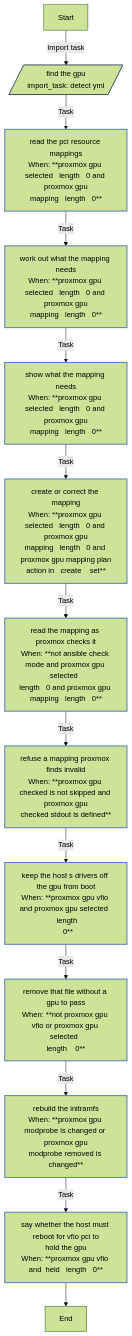
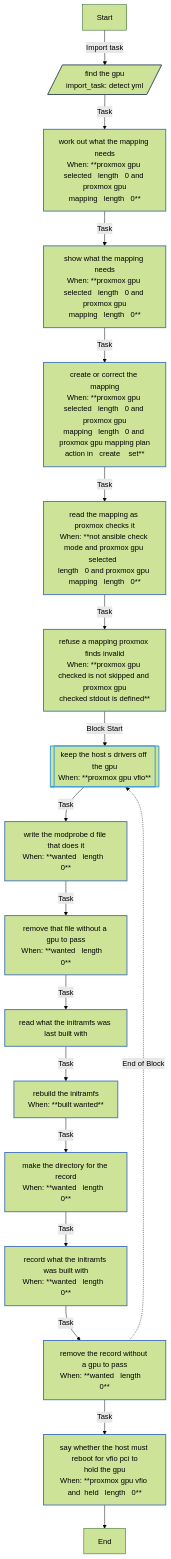
One commit to kawadeomkar/homeserver changed the second of 2 diagrams in roles/proxmox_gpu/REFERENCE.md. Above: the diagram before and after it, drawn with Mermaid (forest theme). The commit also changed other lines of this file and 25 other files, not shown here.

First line of the commit message:
fix(gpu): pass Arc cards, never another guest's GPU, and keep the apps off a GPU the worker lacks

````diff
--- a/roles/proxmox_gpu/REFERENCE.md
+++ b/roles/proxmox_gpu/REFERENCE.md
@@ -293,25 +354,30 @@
 ```mermaid
 flowchart TD
 Start
 classDef block stroke:#3498db,stroke-width:2px;
 classDef task stroke:#4b76bb,stroke-width:2px;
 classDef includeTasks stroke:#16a085,stroke-width:2px;
 classDef importTasks stroke:#34495e,stroke-width:2px;
 classDef includeRole stroke:#2980b9,stroke-width:2px;
 classDef importRole stroke:#699ba7,stroke-width:2px;
 classDef includeVars stroke:#8e44ad,stroke-width:2px;
 classDef rescue stroke:#665352,stroke-width:2px;
 
   Start-->|Import task| Find_the_GPU_detect_yml_0[/find the gpu<br>import_task: detect yml/]:::importTasks
-  Find_the_GPU_detect_yml_0-->|Task| Read_the_PCI_resource_mappings1[read the pci resource mappings<br>When: **proxmox gpu selected   length   0 and proxmox gpu<br>mapping   length   0**]:::task
-  Read_the_PCI_resource_mappings1-->|Task| Work_out_what_the_mapping_needs2[work out what the mapping needs<br>When: **proxmox gpu selected   length   0 and proxmox gpu<br>mapping   length   0**]:::task
-  Work_out_what_the_mapping_needs2-->|Task| Show_what_the_mapping_needs3[show what the mapping needs<br>When: **proxmox gpu selected   length   0 and proxmox gpu<br>mapping   length   0**]:::task
-  Show_what_the_mapping_needs3-->|Task| Create_or_correct_the_mapping4[create or correct the mapping<br>When: **proxmox gpu selected   length   0 and proxmox gpu<br>mapping   length   0 and proxmox gpu mapping plan<br>action in   create    set**]:::task
-  Create_or_correct_the_mapping4-->|Task| Read_the_mapping_as_Proxmox_checks_it5[read the mapping as proxmox checks it<br>When: **not ansible check mode and proxmox gpu selected  <br>length   0 and proxmox gpu mapping   length   0**]:::task
-  Read_the_mapping_as_Proxmox_checks_it5-->|Task| Refuse_a_mapping_Proxmox_finds_invalid6[refuse a mapping proxmox finds invalid<br>When: **proxmox gpu checked is not skipped and proxmox gpu<br>checked stdout is defined**]:::task
-  Refuse_a_mapping_Proxmox_finds_invalid6-->|Task| Keep_the_host_s_drivers_off_the_GPU_from_boot7[keep the host s drivers off the gpu from boot<br>When: **proxmox gpu vfio and proxmox gpu selected   length<br>  0**]:::task
-  Keep_the_host_s_drivers_off_the_GPU_from_boot7-->|Task| Remove_that_file_without_a_GPU_to_pass8[remove that file without a gpu to pass<br>When: **not proxmox gpu vfio or proxmox gpu selected  <br>length    0**]:::task
-  Remove_that_file_without_a_GPU_to_pass8-->|Task| Rebuild_the_initramfs9[rebuild the initramfs<br>When: **proxmox gpu modprobe is changed or proxmox gpu<br>modprobe removed is changed**]:::task
-  Rebuild_the_initramfs9-->|Task| Say_whether_the_host_must_reboot_for_vfio_pci_to_hold_the_GPU10[say whether the host must reboot for vfio pci to<br>hold the gpu<br>When: **proxmox gpu vfio and  held   length   0**]:::task
-  Say_whether_the_host_must_reboot_for_vfio_pci_to_hold_the_GPU10-->End
+  Find_the_GPU_detect_yml_0-->|Task| Work_out_what_the_mapping_needs1[work out what the mapping needs<br>When: **proxmox gpu selected   length   0 and proxmox gpu<br>mapping   length   0**]:::task
+  Work_out_what_the_mapping_needs1-->|Task| Show_what_the_mapping_needs2[show what the mapping needs<br>When: **proxmox gpu selected   length   0 and proxmox gpu<br>mapping   length   0**]:::task
+  Show_what_the_mapping_needs2-->|Task| Create_or_correct_the_mapping3[create or correct the mapping<br>When: **proxmox gpu selected   length   0 and proxmox gpu<br>mapping   length   0 and proxmox gpu mapping plan<br>action in   create    set**]:::task
+  Create_or_correct_the_mapping3-->|Task| Read_the_mapping_as_Proxmox_checks_it4[read the mapping as proxmox checks it<br>When: **not ansible check mode and proxmox gpu selected  <br>length   0 and proxmox gpu mapping   length   0**]:::task
+  Read_the_mapping_as_Proxmox_checks_it4-->|Task| Refuse_a_mapping_Proxmox_finds_invalid5[refuse a mapping proxmox finds invalid<br>When: **proxmox gpu checked is not skipped and proxmox gpu<br>checked stdout is defined**]:::task
+  Refuse_a_mapping_Proxmox_finds_invalid5-->|Block Start| Keep_the_host_s_drivers_off_the_GPU6_block_start_0[[keep the host s drivers off the gpu<br>When: **proxmox gpu vfio**]]:::block
+  Keep_the_host_s_drivers_off_the_GPU6_block_start_0-->|Task| Write_the_modprobe_d_file_that_does_it0[write the modprobe d file that does it<br>When: **wanted   length   0**]:::task
+  Write_the_modprobe_d_file_that_does_it0-->|Task| Remove_that_file_without_a_GPU_to_pass1[remove that file without a gpu to pass<br>When: **wanted   length    0**]:::task
+  Remove_that_file_without_a_GPU_to_pass1-->|Task| Read_what_the_initramfs_was_last_built_with2[read what the initramfs was last built with]:::task
+  Read_what_the_initramfs_was_last_built_with2-->|Task| Rebuild_the_initramfs3[rebuild the initramfs<br>When: **built     wanted**]:::task
+  Rebuild_the_initramfs3-->|Task| Make_the_directory_for_the_record4[make the directory for the record<br>When: **wanted   length   0**]:::task
+  Make_the_directory_for_the_record4-->|Task| Record_what_the_initramfs_was_built_with5[record what the initramfs was built with<br>When: **wanted   length   0**]:::task
+  Record_what_the_initramfs_was_built_with5-->|Task| Remove_the_record_without_a_GPU_to_pass6[remove the record without a gpu to pass<br>When: **wanted   length    0**]:::task
+  Remove_the_record_without_a_GPU_to_pass6-.->|End of Block| Keep_the_host_s_drivers_off_the_GPU6_block_start_0
+  Remove_the_record_without_a_GPU_to_pass6-->|Task| Say_whether_the_host_must_reboot_for_vfio_pci_to_hold_the_GPU7[say whether the host must reboot for vfio pci to<br>hold the gpu<br>When: **proxmox gpu vfio and  held   length   0**]:::task
+  Say_whether_the_host_must_reboot_for_vfio_pci_to_hold_the_GPU7-->End
 ```
````
